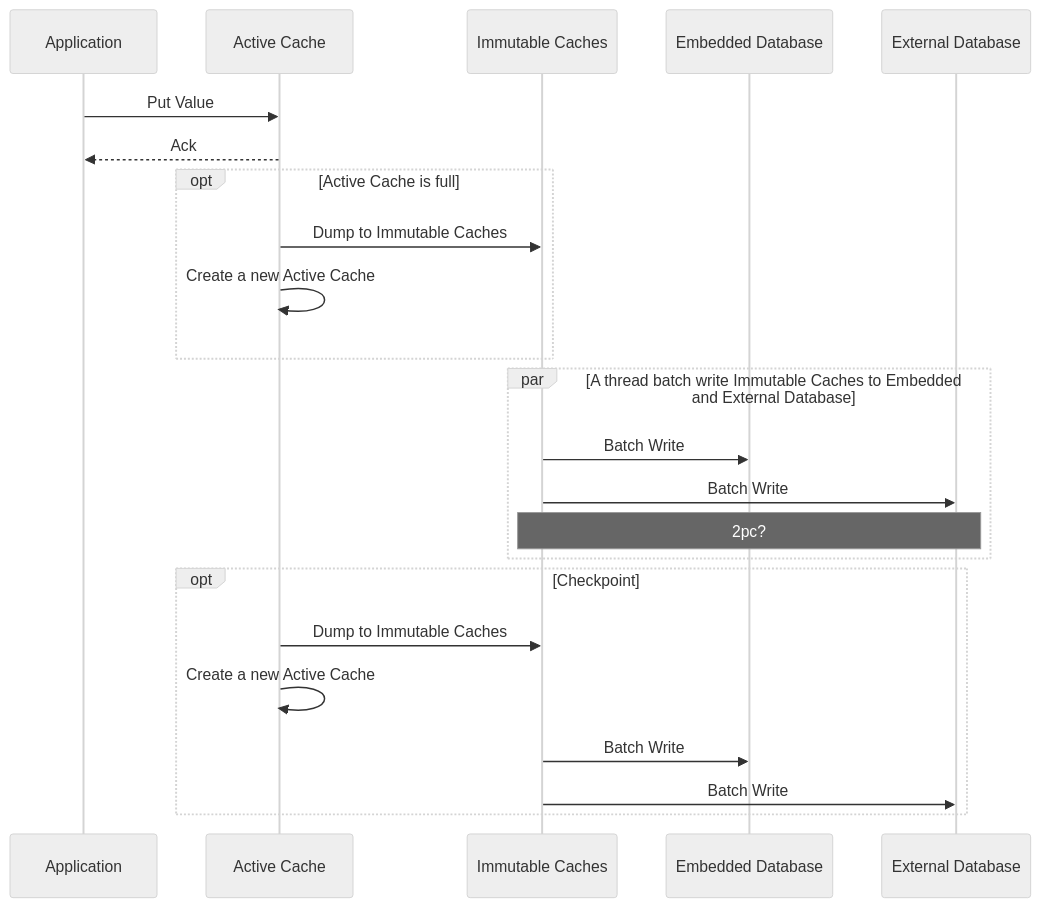
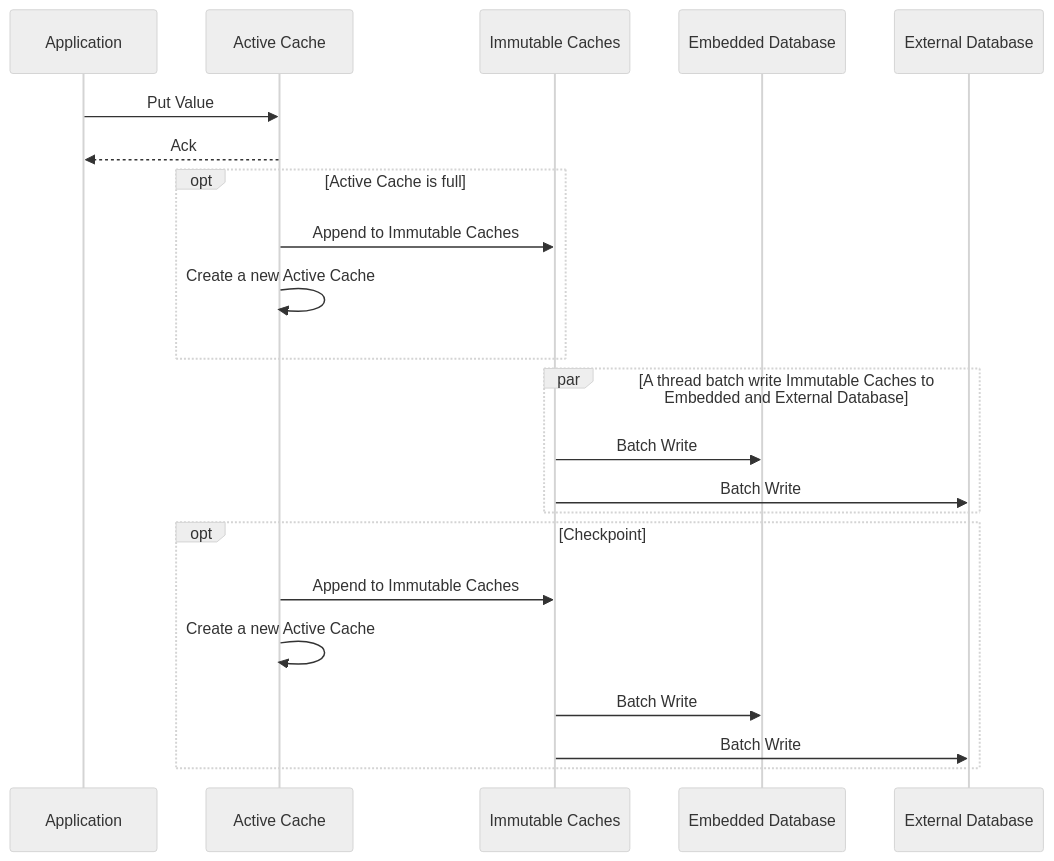
Before and after one commit to ao-song/arcon: the diagram in arcon/arcon_state/src/backend/tiered/diagrams/write.mmd, drawn with Mermaid (neutral theme). The commit also changed 4 other files, not shown here.

```diff
--- a/arcon/arcon_state/src/backend/tiered/diagrams/write.mmd
+++ b/arcon/arcon_state/src/backend/tiered/diagrams/write.mmd
@@ -1,23 +1,22 @@
 sequenceDiagram
     participant Application
     participant Active Cache
     participant Immutable Caches
     participant Embedded Database
     participant External Database
     Application ->> Active Cache: Put Value
     Active Cache -->> Application: Ack
     opt Active Cache is full
-        Active Cache ->> Immutable Caches: Dump to Immutable Caches
+        Active Cache ->> Immutable Caches: Append to Immutable Caches
         Active Cache ->> Active Cache: Create a new Active Cache
     end
     par A thread batch write Immutable Caches to Embedded and External Database
         Immutable Caches ->> Embedded Database: Batch Write
         Immutable Caches ->> External Database: Batch Write
-        note over Immutable Caches, External Database: 2pc?
     end
     opt Checkpoint
-        Active Cache ->> Immutable Caches: Dump to Immutable Caches
+        Active Cache ->> Immutable Caches: Append to Immutable Caches
         Active Cache ->> Active Cache: Create a new Active Cache
         Immutable Caches ->> Embedded Database: Batch Write
         Immutable Caches ->> External Database: Batch Write
     end
```
